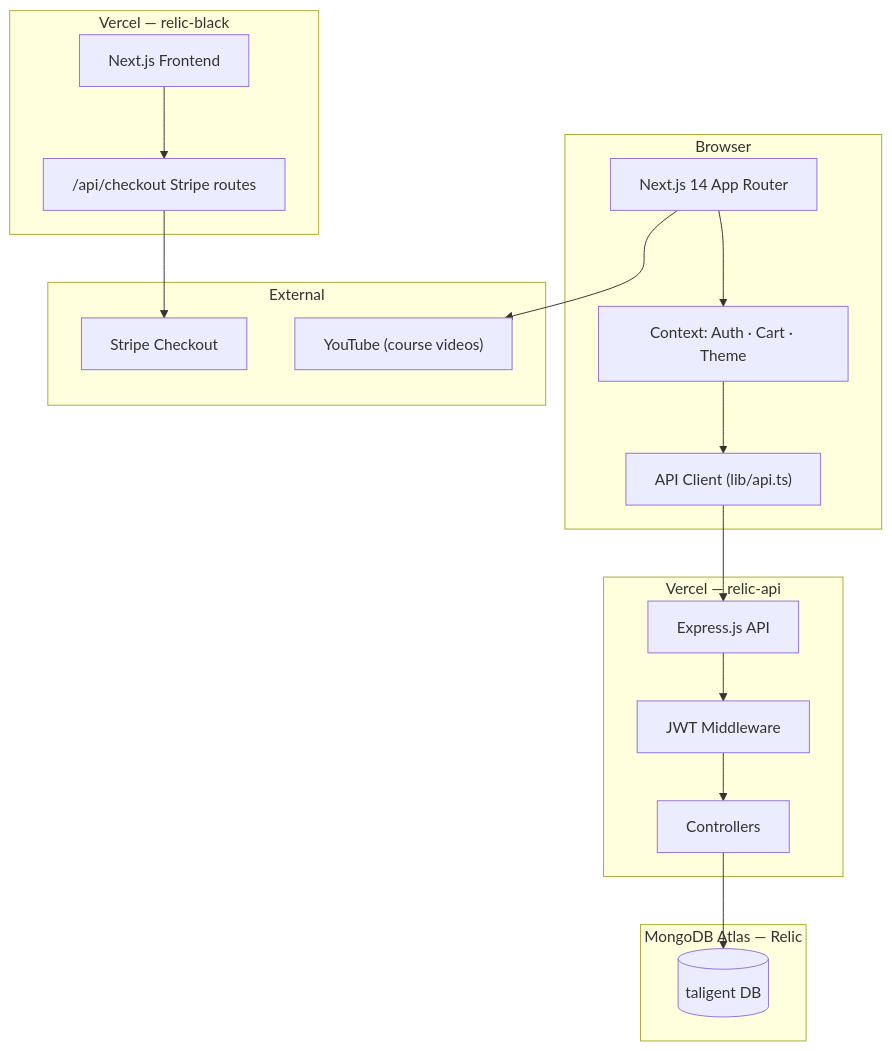
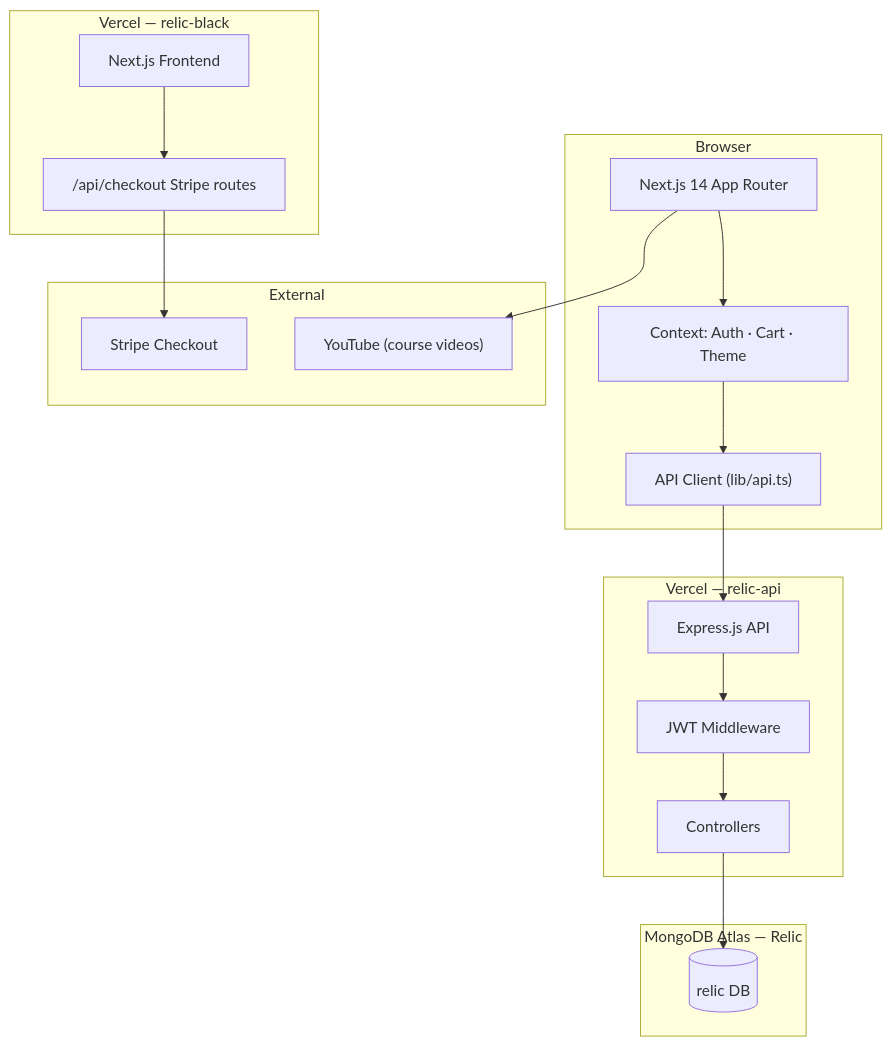
Before and after one commit to pracheersrivastava/Relic: the first of 4 diagrams in README.md, drawn with Mermaid. The commit also changed other lines of this file and 1 other file, not shown here.

Commit message:
Rename MongoDB database from taligent to relic.

````diff
--- a/README.md
+++ b/README.md
@@ -26,34 +26,34 @@
 ```mermaid
 flowchart TB
     subgraph Client["Browser"]
         UI["Next.js 14 App Router"]
         CTX["Context: Auth · Cart · Theme"]
         API_CLIENT["API Client (lib/api.ts)"]
     end
 
     subgraph VercelFE["Vercel — relic-black"]
         NEXT["Next.js Frontend"]
         STRIPE_ROUTE["/api/checkout Stripe routes"]
     end
 
     subgraph VercelBE["Vercel — relic-api"]
         EXPRESS["Express.js API"]
         JWT_MW["JWT Middleware"]
         CTRL["Controllers"]
     end
 
     subgraph Atlas["MongoDB Atlas — Relic"]
-        DB[("taligent DB")]
+        DB[("relic DB")]
     end
 
     subgraph External["External"]
         STRIPE["Stripe Checkout"]
         YT["YouTube (course videos)"]
     end
 
     UI --> CTX --> API_CLIENT
     API_CLIENT --> EXPRESS
     NEXT --> STRIPE_ROUTE --> STRIPE
     EXPRESS --> JWT_MW --> CTRL --> DB
     UI --> YT
 ```
````
